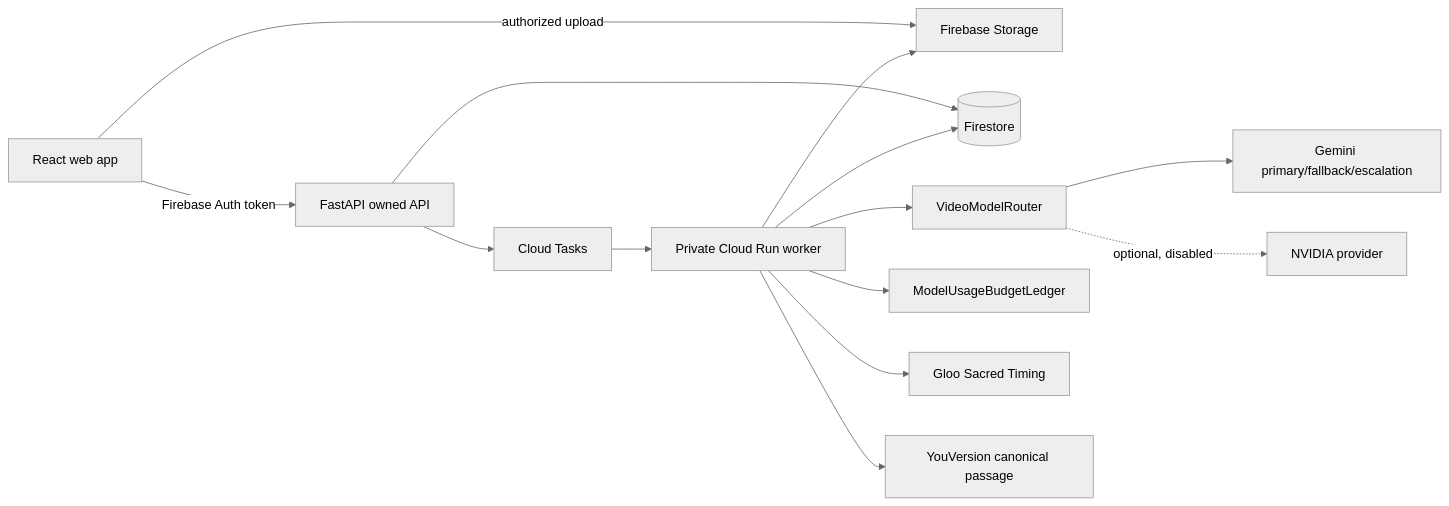
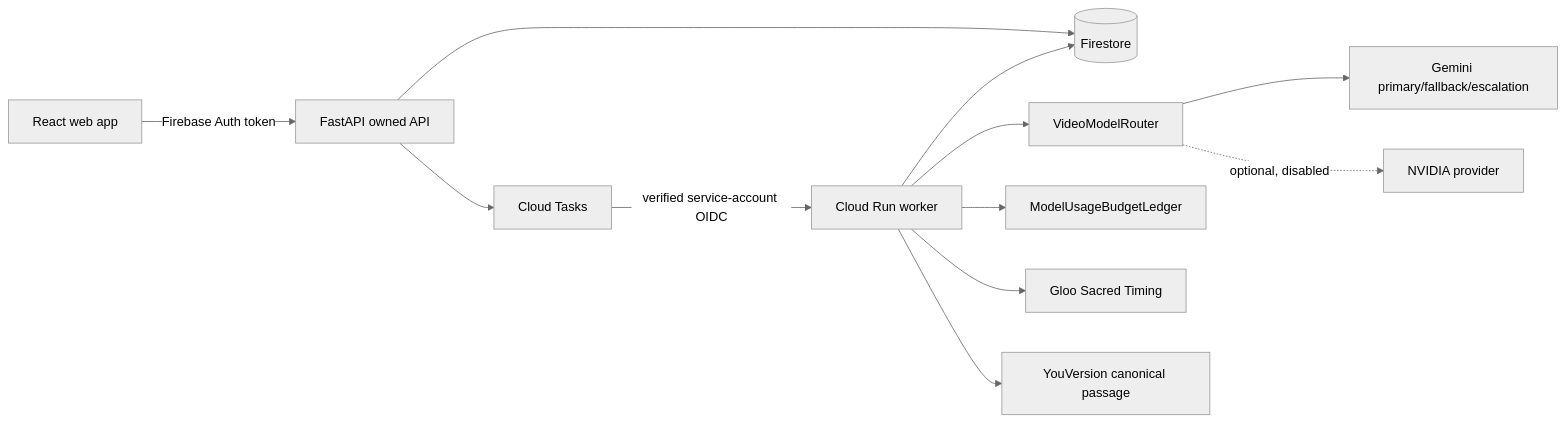
One commit to PrathmeshAdsod/STILL-Scriptures changed the diagram in README.md. Above: the diagram before and after it, drawn with Mermaid (neutral theme). The commit also changed other lines of this file and 27 other files, not shown here.

````diff
--- a/README.md
+++ b/README.md
@@ -59,16 +62,14 @@
 ```mermaid
 flowchart LR
   W[React web app] -->|Firebase Auth token| A[FastAPI owned API]
-  W -->|authorized upload| S[Firebase Storage]
   A --> F[(Firestore)]
   A --> T[Cloud Tasks]
-  T --> R[Private Cloud Run worker]
-  R --> S
+  T -->|verified service-account OIDC| R[Cloud Run worker]
   R --> M[VideoModelRouter]
   M --> G[Gemini primary/fallback/escalation]
   M -. optional, disabled .-> N[NVIDIA provider]
   R --> L[ModelUsageBudgetLedger]
   R --> Q[Gloo Sacred Timing]
   R --> Y[YouVersion canonical passage]
   R --> F
 ```
````
